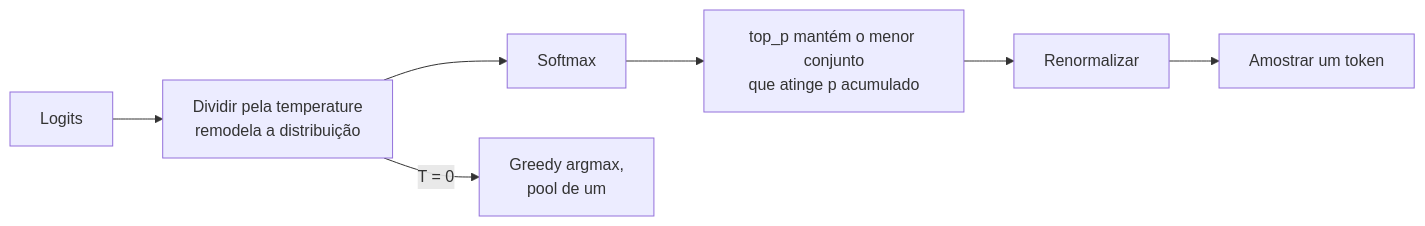
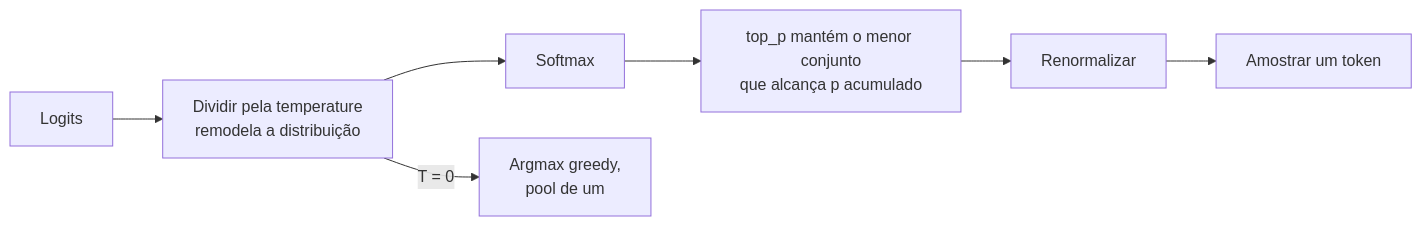
One commit to andrevberaldo/AI-Engineer-Interview-Questions changed the fourth of 26 diagrams in 03-prompt-engineering-and-context/questions.pt-BR.md. Above: the diagram before and after it, drawn with Mermaid. The commit also changed other lines of this file and 1 other file, not shown here.

````diff
--- a/03-prompt-engineering-and-context/questions.pt-BR.md
+++ b/03-prompt-engineering-and-context/questions.pt-BR.md
@@ -217,9 +217,9 @@
 ```mermaid
 flowchart LR
     A["Logits"] --> B["Dividir pela temperature<br/>remodela a distribuição"]
     B --> C["Softmax"]
-    C --> D["top_p mantém o menor conjunto<br/>que atinge p acumulado"]
+    C --> D["top_p mantém o menor conjunto<br/>que alcança p acumulado"]
     D --> E["Renormalizar"]
     E --> F["Amostrar um token"]
-    B -->|"T = 0"| G["Greedy argmax,<br/>pool de um"]
+    B -->|"T = 0"| G["Argmax greedy,<br/>pool de um"]
 ```
````
